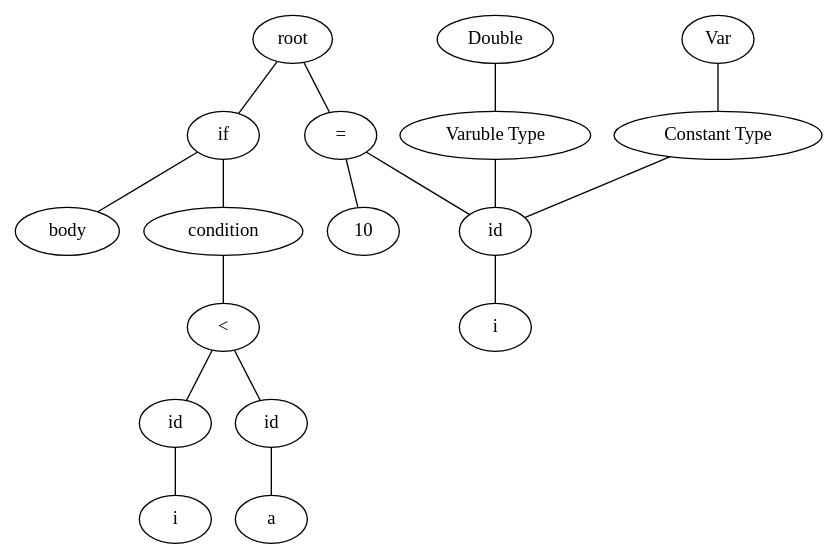
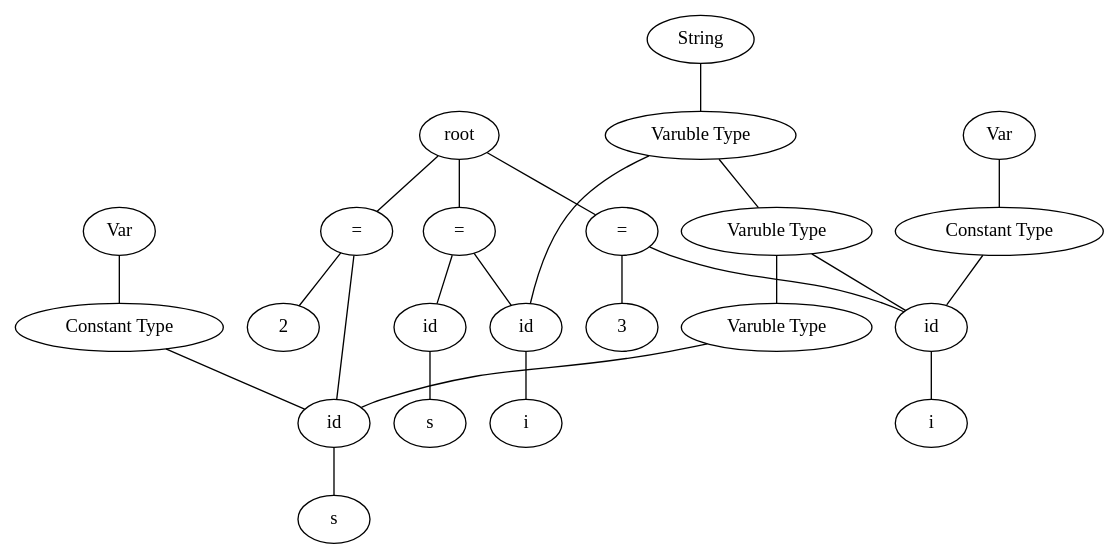
The diagram in build/file.dot (TAIIOK/SwiftCompilerToJavaByteCode), drawn with Graphviz before and after one commit. The commit also changed 8 other files, not shown here.

```diff
--- a/build/file.dot
+++ b/build/file.dot
@@ -1,34 +1,49 @@
 graph graphname {
 root;
 assign0[label = "="];
 root--assign0;
 expr0[label = "id"];
 assign0--expr0;
 type0[label = "Varuble Type"];
 type0--expr0;
-type1[label = "Double"];
+type1[label = "Int"];
 type1--type0;
 consttype0[label = "Constant Type"];
 consttype0--expr0;
 consttype1[label = "Var"];
 consttype1--consttype0;
-expr1[label = "i"];
+expr1[label = "s"];
 expr0--expr1;
-expr2[label = "10"];
+expr2[label = "2"];
 assign0--expr2;
-if0[label = "if"];
-root--if0;if0condition[label = " condition "];
-if0 -- if0condition;
-expr3[label = "<"];
-if0condition--expr3;
-expr4[label = "id"];
+assign1[label = "="];
+root--assign1;
+expr3[label = "id"];
+assign1--expr3;
+type1[label = "Varuble Type"];
+type1--expr3;
+type2[label = "Int"];
+type2--type1;
+consttype2[label = "Constant Type"];
+consttype2--expr3;
+consttype3[label = "Var"];
+consttype3--consttype2;
+expr4[label = "i"];
 expr3--expr4;
-expr5[label = "i"];
-expr4--expr5;
+expr5[label = "3"];
+assign1--expr5;
+assign2[label = "="];
+root--assign2;
 expr6[label = "id"];
-expr3--expr6;
-expr7[label = "a"];
+assign2--expr6;
+type2[label = "Varuble Type"];
+type2--expr6;
+type3[label = "String"];
+type3--type2;
+expr7[label = "i"];
 expr6--expr7;
-if0body[label = " body "];
-if0 -- if0body;
+expr8[label = "id"];
+assign2--expr8;
+expr9[label = "s"];
+expr8--expr9;
 }
```
